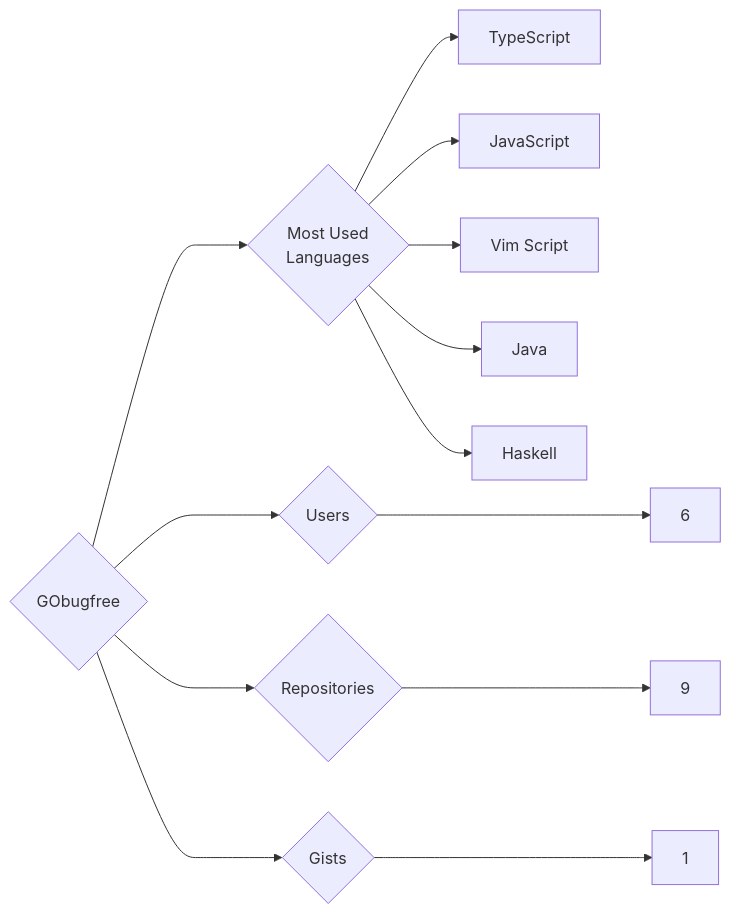
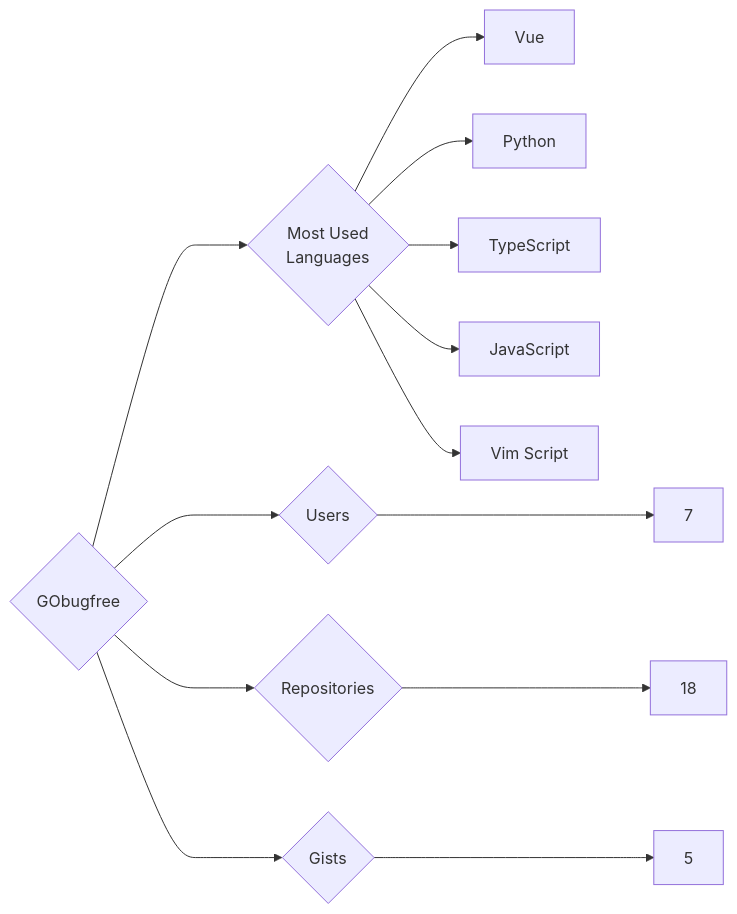
Before and after one commit to trickest/insiders: the diagram in targets/GObugfree/README.md, drawn with Mermaid. The commit also changed 1055 other files, not shown here.

````diff
--- a/targets/GObugfree/README.md
+++ b/targets/GObugfree/README.md
@@ -3,13 +3,13 @@
 ```mermaid
 graph LR
 COMPANY_NAME{GObugfree}
-COMPANY_NAME ---> U{Users} ---> UN[6]
-COMPANY_NAME ---> R{Repositories} ---> RN[9]
-COMPANY_NAME ---> G{Gists} ---> GN[1]
+COMPANY_NAME ---> U{Users} ---> UN[7]
+COMPANY_NAME ---> R{Repositories} ---> RN[18]
+COMPANY_NAME ---> G{Gists} ---> GN[5]
 COMPANY_NAME ---> ML{Most Used<br>Languages}
+ML --> Vue[Vue]
+ML --> Python[Python]
 ML --> TypeScript[TypeScript]
 ML --> JavaScript[JavaScript]
 ML --> Vim_Script[Vim Script]
-ML --> Java[Java]
-ML --> Haskell[Haskell]
 ```
````
